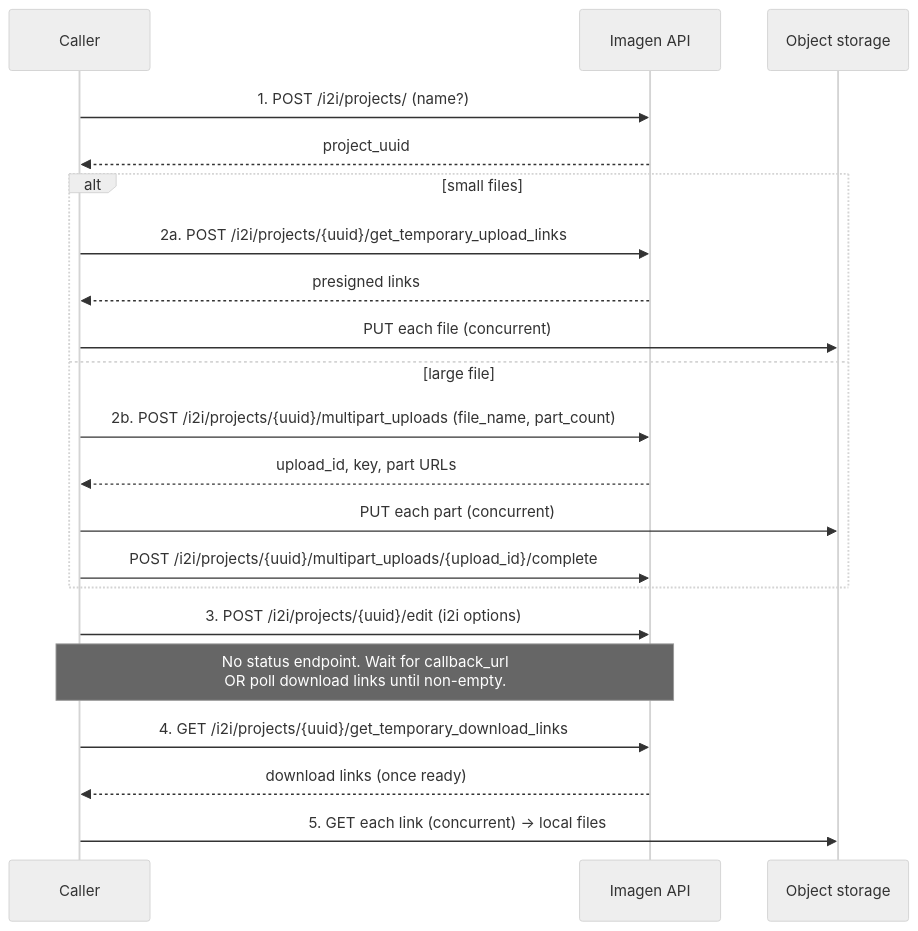
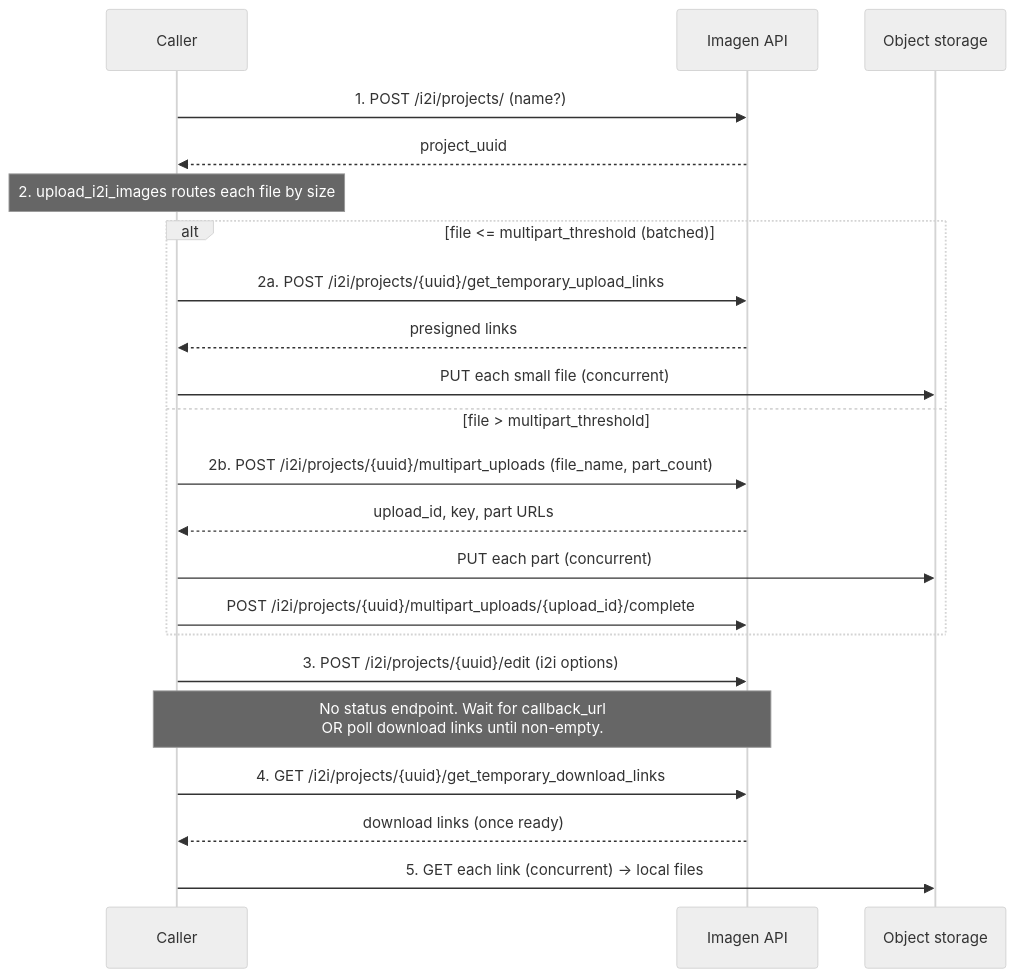
Before and after one commit to imagenai/imagen-ai-sdk: the fifth of 5 diagrams in docs/WORKFLOWS.md, drawn with Mermaid (neutral theme). The commit also changed other lines of this file, not shown here.

First line of the commit message:
docs: reflect I2I upload auto-routing in WORKFLOWS.md

````diff
--- a/docs/WORKFLOWS.md
+++ b/docs/WORKFLOWS.md
@@ -364,23 +364,24 @@
 ```mermaid
 sequenceDiagram
     participant U as Caller
     participant API as Imagen API
     participant S3 as Object storage
     U->>API: 1. POST /i2i/projects/ (name?)
     API-->>U: project_uuid
-    alt small files
+    Note over U: 2. upload_i2i_images routes each file by size
+    alt file <= multipart_threshold (batched)
         U->>API: 2a. POST /i2i/projects/{uuid}/get_temporary_upload_links
         API-->>U: presigned links
-        U->>S3: PUT each file (concurrent)
-    else large file
+        U->>S3: PUT each small file (concurrent)
+    else file > multipart_threshold
         U->>API: 2b. POST /i2i/projects/{uuid}/multipart_uploads (file_name, part_count)
         API-->>U: upload_id, key, part URLs
         U->>S3: PUT each part (concurrent)
         U->>API: POST /i2i/projects/{uuid}/multipart_uploads/{upload_id}/complete
     end
     U->>API: 3. POST /i2i/projects/{uuid}/edit (i2i options)
     Note over U,API: No status endpoint. Wait for callback_url<br/>OR poll download links until non-empty.
     U->>API: 4. GET /i2i/projects/{uuid}/get_temporary_download_links
     API-->>U: download links (once ready)
     U->>S3: 5. GET each link (concurrent) -> local files
 ```
````
